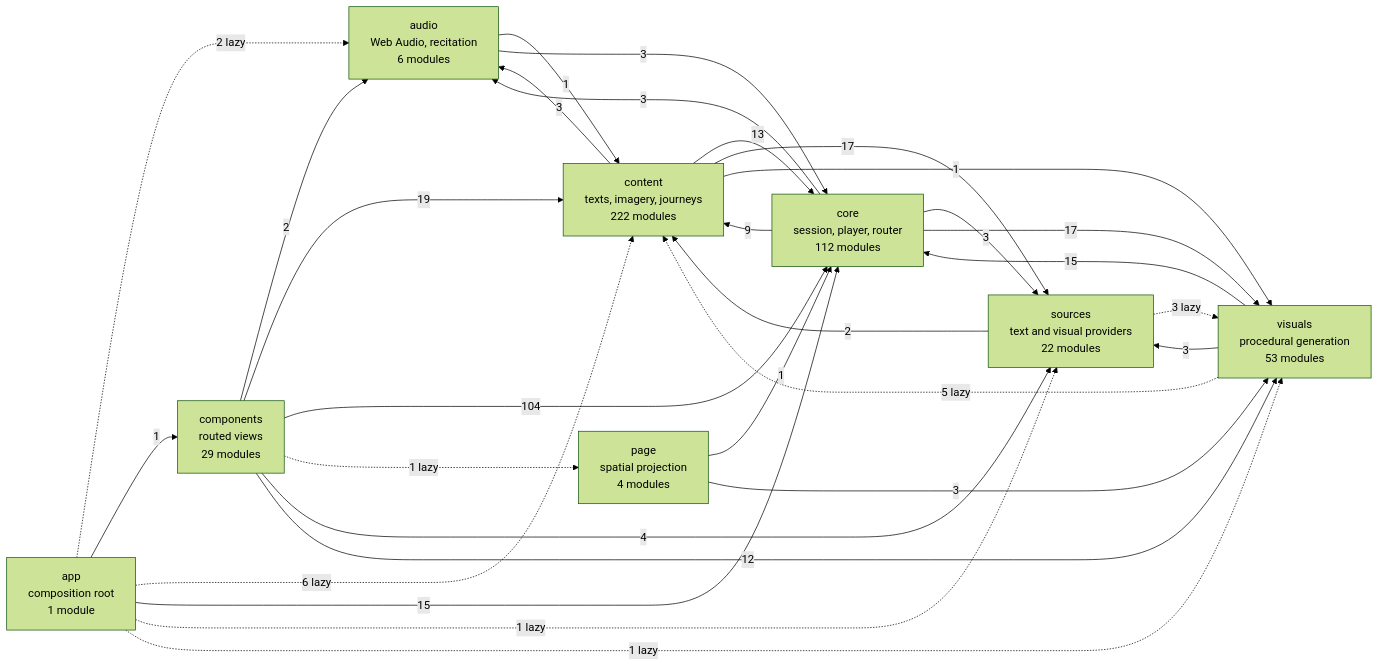
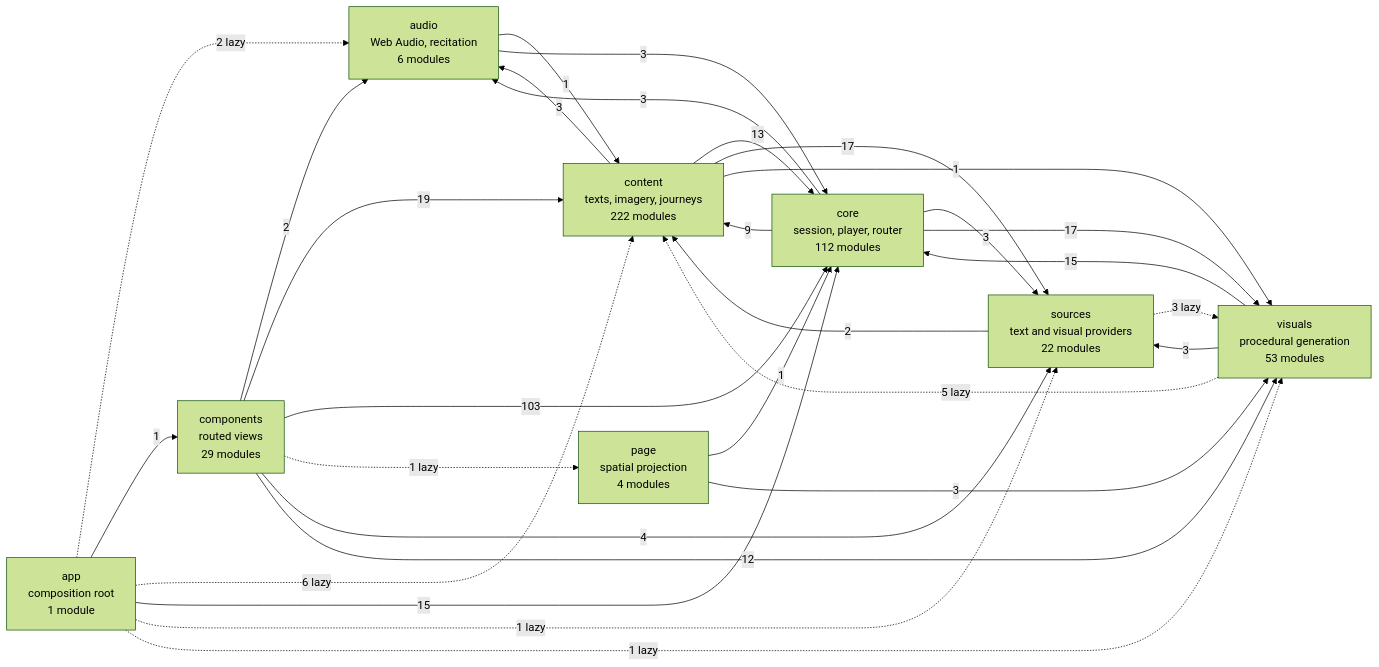
The diagram in docs/specs/ARCHITECTURE.md (SyberLabs/RISE), drawn with Mermaid (forest theme) before and after one commit. The commit also changed 8 other files, not shown here.

First line of the commit message:
fix: the Vault is a place of Sequences (#92)

````diff
--- a/docs/specs/ARCHITECTURE.md
+++ b/docs/specs/ARCHITECTURE.md
@@ -149,41 +149,41 @@
 ```mermaid
 flowchart LR
     app["app<br/>composition root<br/>1 module"]
     audio["audio<br/>Web Audio, recitation<br/>6 modules"]
     components["components<br/>routed views<br/>29 modules"]
     content["content<br/>texts, imagery, journeys<br/>222 modules"]
     core["core<br/>session, player, router<br/>112 modules"]
     page["page<br/>spatial projection<br/>4 modules"]
     sources["sources<br/>text and visual providers<br/>22 modules"]
     visuals["visuals<br/>procedural generation<br/>53 modules"]
 
     app -.-> |2 lazy| audio
     app --> |1| components
     app -.-> |6 lazy| content
     app --> |15| core
     app -.-> |1 lazy| sources
     app -.-> |1 lazy| visuals
     audio --> |1| content
     audio --> |3| core
     components --> |2| audio
     components --> |19| content
-    components --> |104| core
+    components --> |103| core
     components -.-> |1 lazy| page
     components --> |4| sources
     components --> |12| visuals
     content --> |3| audio
     content --> |13| core
     content --> |17| sources
     content --> |1| visuals
     core --> |3| audio
     core --> |9| content
     core --> |3| sources
     core --> |17| visuals
     page --> |1| core
     page --> |3| visuals
     sources --> |2| content
     sources -.-> |3 lazy| visuals
     visuals -.-> |5 lazy| content
     visuals --> |15| core
     visuals --> |3| sources
 ```
````
